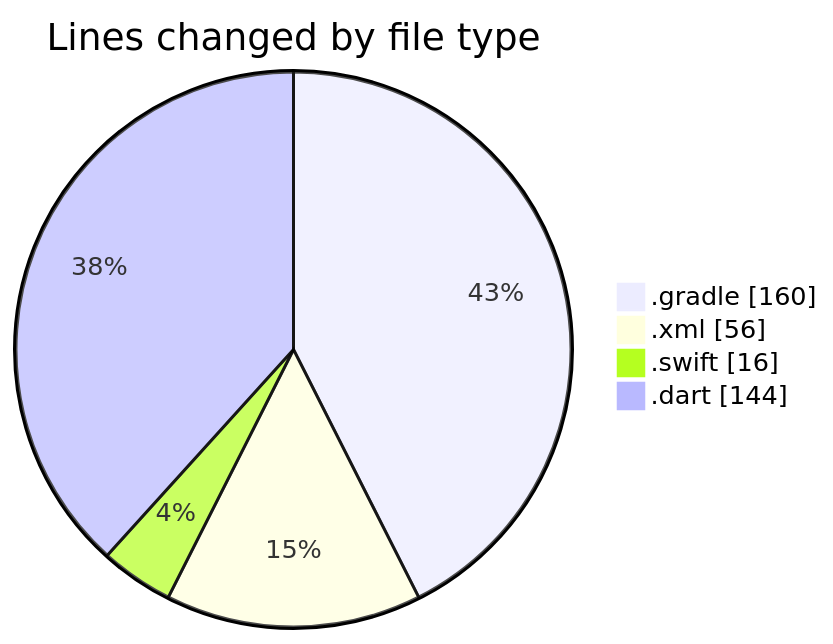
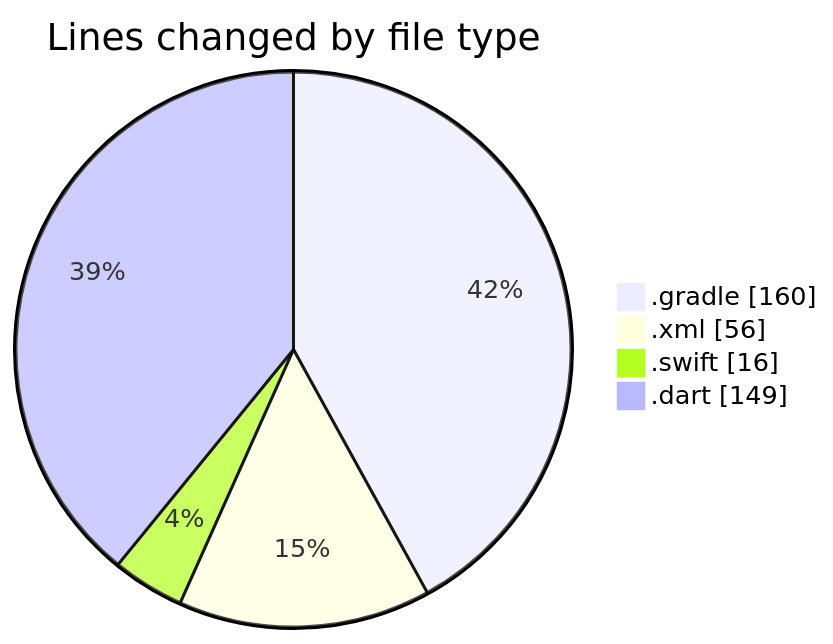
Before and after one commit to donsfak/code-tracking: the first of 2 diagrams in 2025-01-01/uber_clone/README.md, drawn with Mermaid. The commit also changed other lines of this file and 1 other file, not shown here.

````diff
--- a/2025-01-01/uber_clone/README.md
+++ b/2025-01-01/uber_clone/README.md
@@ -26,8 +26,8 @@
 ```mermaid
 pie showData
 title Lines changed by file type
 ".gradle" : 160
 ".xml" : 56
 ".swift" : 16
-".dart" : 144
+".dart" : 149
 ```
````
